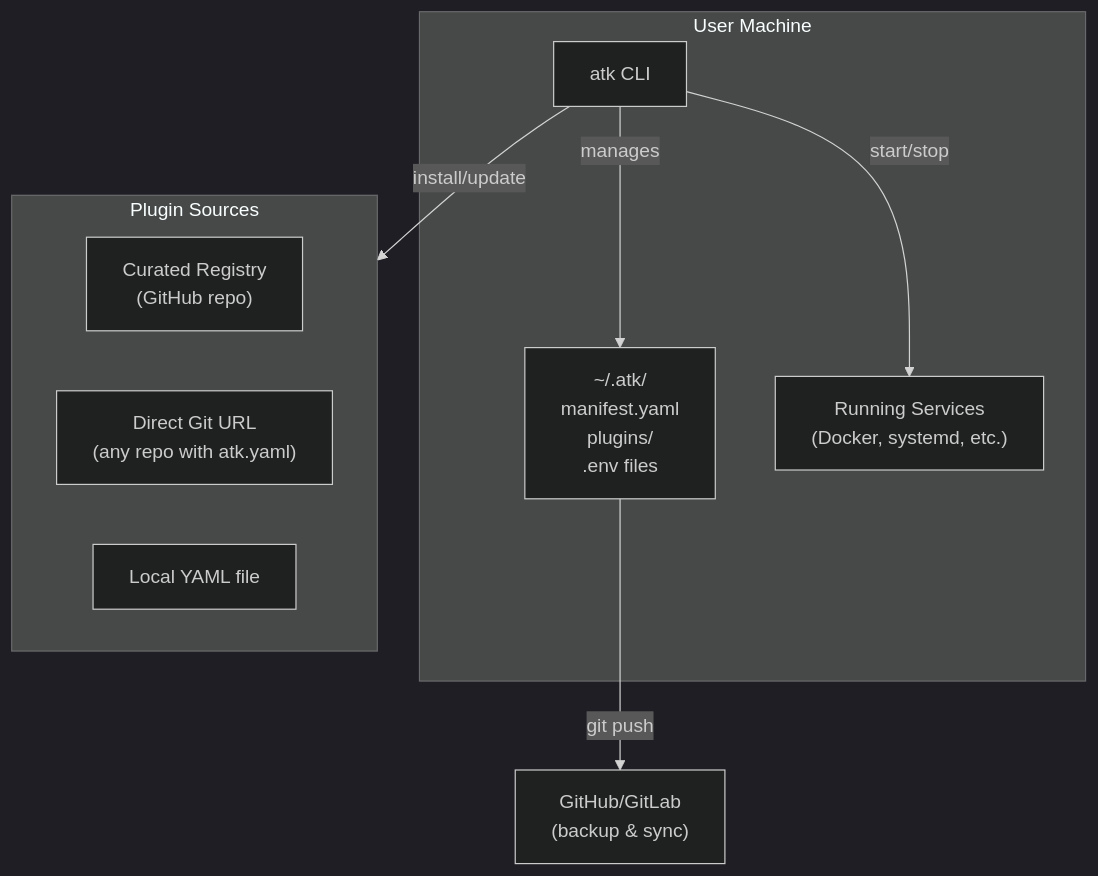
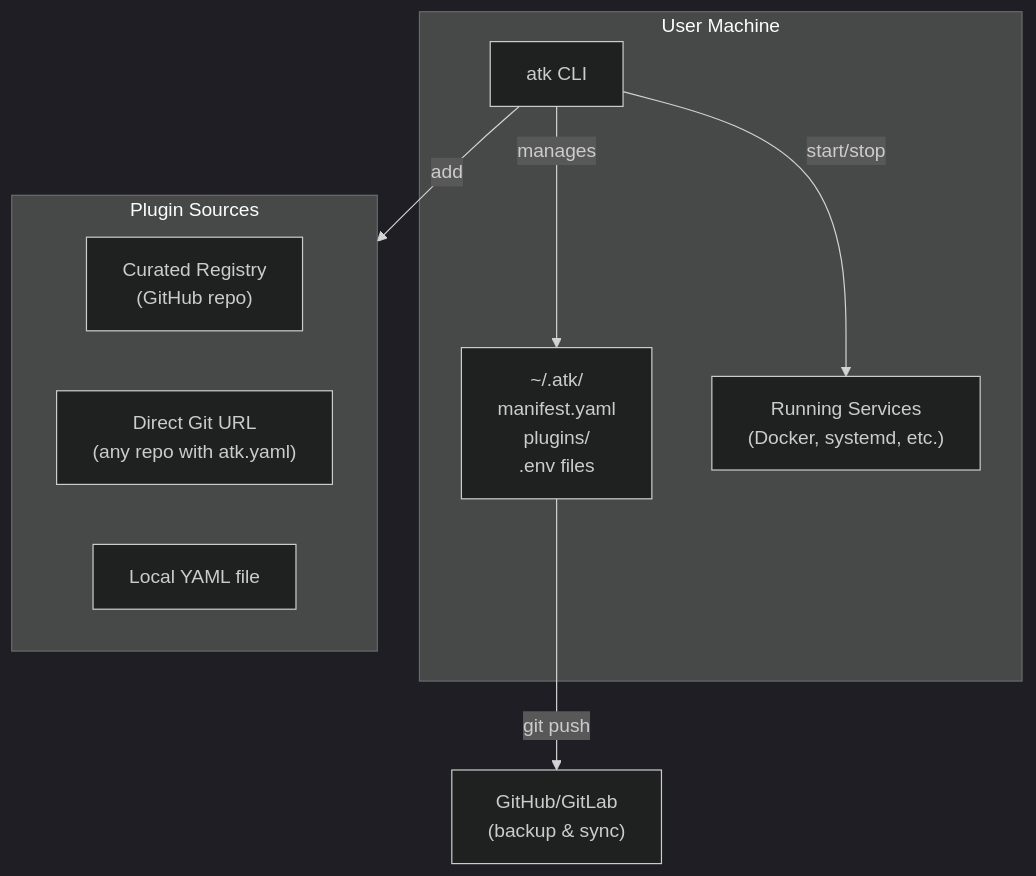
One commit to Svtoo/atk changed the diagram in docs/atk-spec.md. Above: the diagram before and after it, drawn with Mermaid (dark theme). The commit also changed other lines of this file and 2 other files, not shown here.

````diff
--- a/docs/atk-spec.md
+++ b/docs/atk-spec.md
@@ -40,19 +39,19 @@
 ```mermaid
 flowchart TB
     subgraph User["User Machine"]
         CLI[atk CLI]
         Manifest["~/.atk/<br/>manifest.yaml<br/>plugins/<br/>.env files"]
         Services["Running Services<br/>(Docker, systemd, etc.)"]
     end
 
     subgraph Sources["Plugin Sources"]
         Registry["Curated Registry<br/>(GitHub repo)"]
         DirectGit["Direct Git URL<br/>(any repo with atk.yaml)"]
         LocalYAML["Local YAML file"]
     end
 
-    CLI -->|install/update| Sources
+    CLI -->|add| Sources
     CLI -->|manages| Manifest
     CLI -->|start/stop| Services
     Manifest -->|git push| Remote["GitHub/GitLab<br/>(backup & sync)"]
 ```
````
